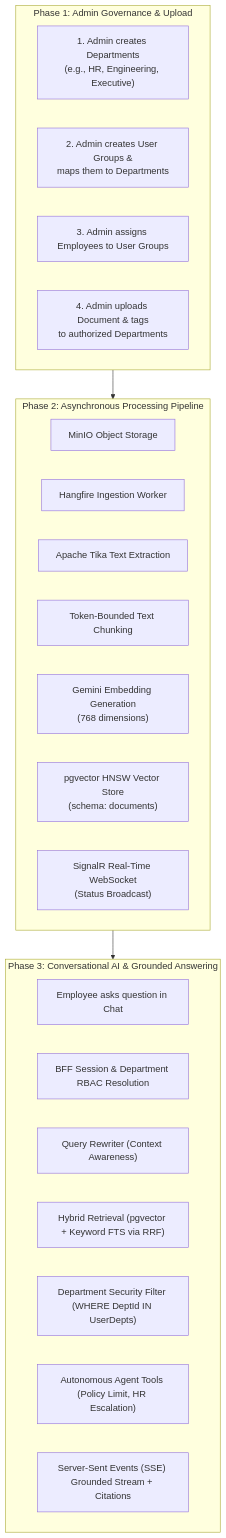
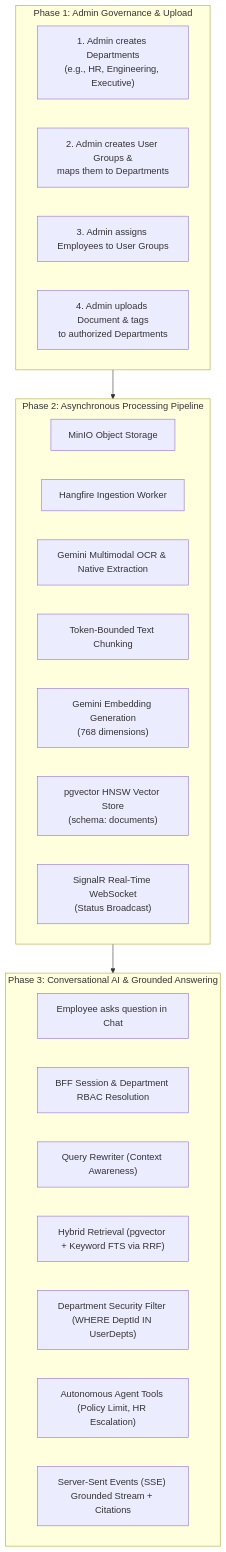
The first of 3 diagrams in docs/how_normora_works.md (primecoderIN/Normora), drawn with Mermaid before and after one commit. The commit also changed other lines of this file and 25 other files, not shown here.

Commit message:
feat(documents): replace Apache Tika with Gemini multimodal extraction and OCR

````diff
--- a/docs/how_normora_works.md
+++ b/docs/how_normora_works.md
@@ -11,32 +11,32 @@
 ```mermaid
 flowchart TD
     subgraph Phase1 ["Phase 1: Admin Governance & Upload"]
         A1["1. Admin creates Departments<br/>(e.g., HR, Engineering, Executive)"]
         A2["2. Admin creates User Groups &<br/>maps them to Departments"]
         A3["3. Admin assigns Employees to User Groups"]
         A4["4. Admin uploads Document & tags<br/>to authorized Departments"]
     end
 
     subgraph Phase2 ["Phase 2: Asynchronous Processing Pipeline"]
         B1["MinIO Object Storage"]
         B2["Hangfire Ingestion Worker"]
-        B3["Apache Tika Text Extraction"]
+        B3["Gemini Multimodal OCR & Native Extraction"]
         B4["Token-Bounded Text Chunking"]
         B5["Gemini Embedding Generation<br/>(768 dimensions)"]
         B6["pgvector HNSW Vector Store<br/>(schema: documents)"]
         B7["SignalR Real-Time WebSocket<br/>(Status Broadcast)"]
     end
 
     subgraph Phase3 ["Phase 3: Conversational AI & Grounded Answering"]
         C1["Employee asks question in Chat"]
         C2["BFF Session & Department RBAC Resolution"]
         C3["Query Rewriter (Context Awareness)"]
         C4["Hybrid Retrieval (pgvector + Keyword FTS via RRF)"]
         C5["Department Security Filter (WHERE DeptId IN UserDepts)"]
         C6["Autonomous Agent Tools (Policy Limit, HR Escalation)"]
         C7["Server-Sent Events (SSE) Grounded Stream + Citations"]
     end
 
     Phase1 --> Phase2
     Phase2 --> Phase3
 ```
````
